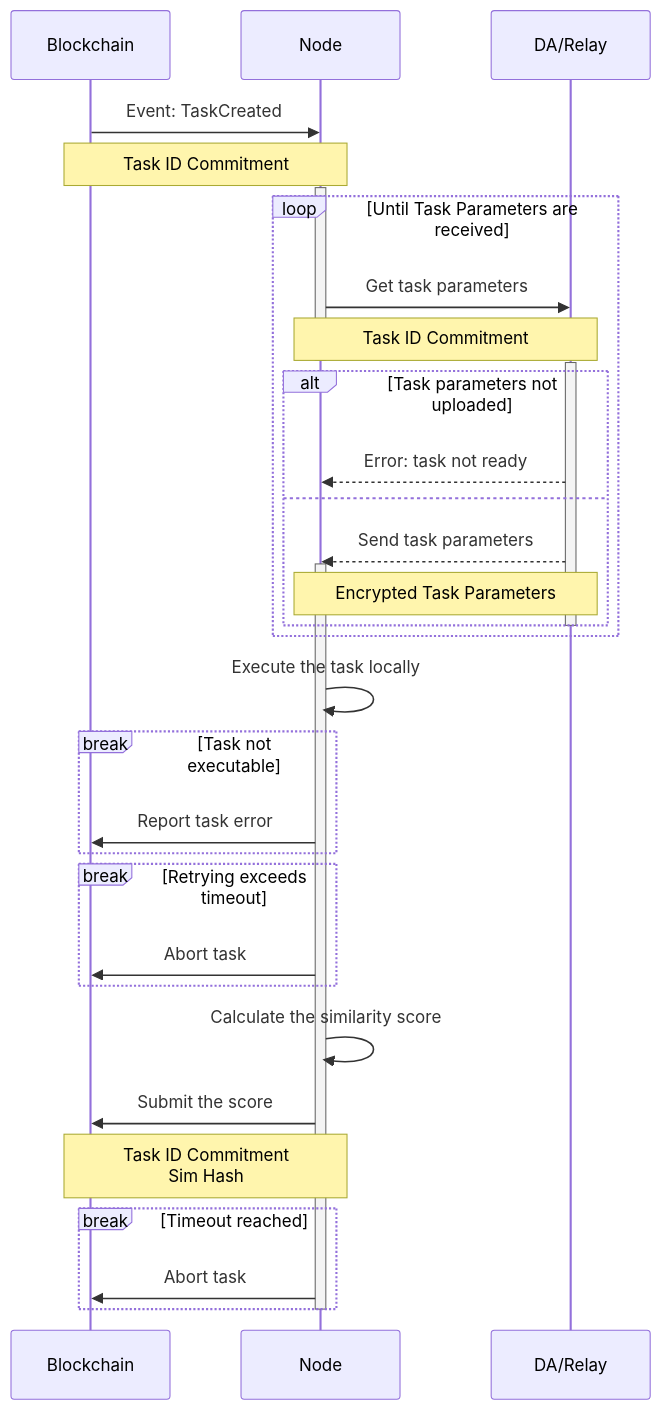
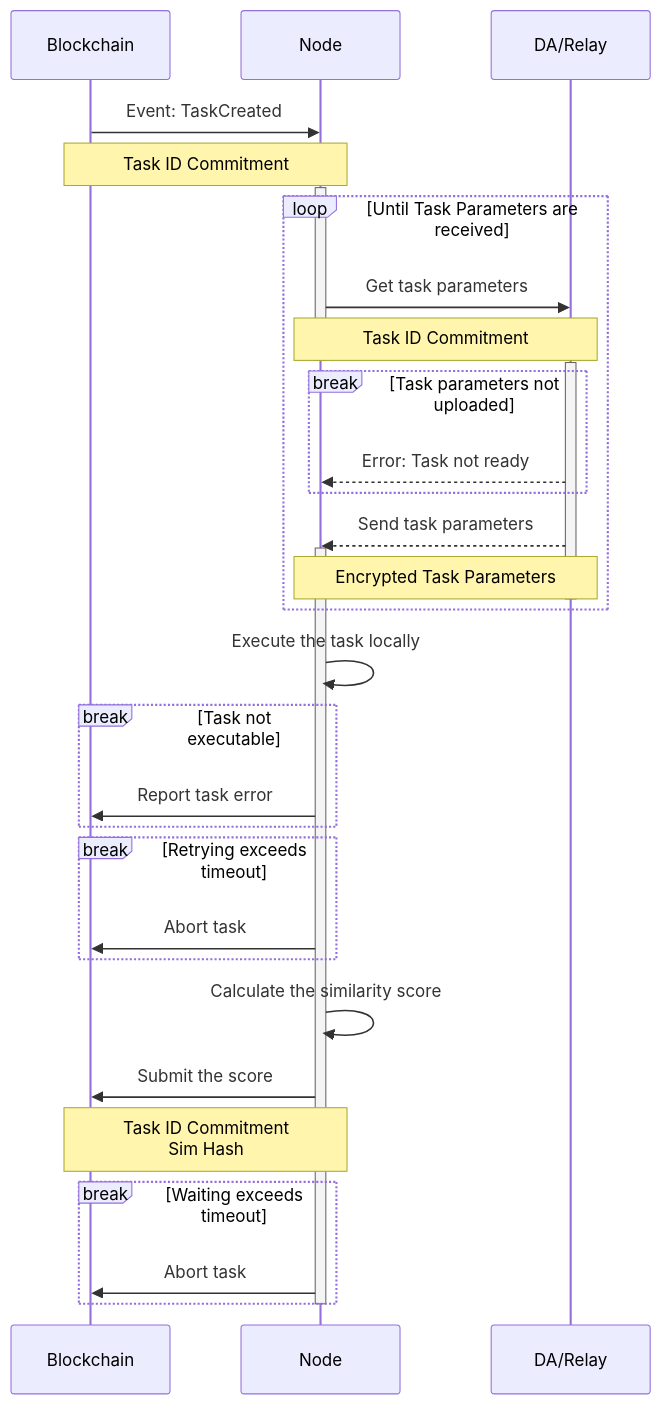
One commit to crynux-ai/documentation changed the second of 2 diagrams in gitbook/system-design/task-lifecycle.md. Above: the diagram before and after it, drawn with Mermaid. The commit also changed other lines of this file, not shown here.

````diff
--- a/gitbook/system-design/task-lifecycle.md
+++ b/gitbook/system-design/task-lifecycle.md
@@ -101,45 +105,44 @@
 ```mermaid
 sequenceDiagram
     Participant B as Blockchain
     Participant N as Node
     Participant R as DA/Relay
 
     B ->> N: Event: TaskCreated
     Note over B,N: Task ID Commitment
     activate N
     loop Until Task Parameters are received
         N ->> R: Get task parameters
         Note over N,R: Task ID Commitment
         deactivate N
         activate R
-        alt Task parameters not uploaded
-            R -->> N: Error: task not ready
-        else
-            R -->> N: Send task parameters
-            activate N
-            Note over N,R: Encrypted Task Parameters
+        break Task parameters not uploaded
+            R -->> N: Error: Task not ready
         end
+        R -->> N: Send task parameters
+        activate N
+        Note over N,R: Encrypted Task Parameters
         deactivate R
     end
 
     N ->> N: Execute the task locally
 
     break Task not executable
         N ->> B: Report task error
     end
 
     break Retrying exceeds timeout
         N ->> B: Abort task
     end
     
     N ->> N: Calculate the similarity score
     N ->> B: Submit the score
     Note over N,B: Task ID Commitment<br/>Sim Hash
 
-    break Timeout reached
+    break Waiting exceeds timeout
         N ->> B: Abort task
     end
 
     deactivate N
 
 ```
````
